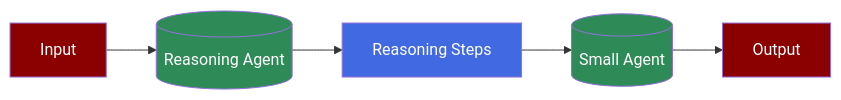
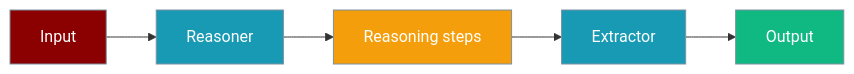
Before and after one commit to MervinPraison/PraisonAIDocs: the diagram in docs/features/reasoning-extract.mdx, drawn with Mermaid. The commit also changed other lines of this file and 4 other files, not shown here.

````diff
--- a/docs/features/reasoning-extract.mdx
+++ b/docs/features/reasoning-extract.mdx
@@ -7,13 +37,17 @@
 ```mermaid
-flowchart LR
-    In[Input] --> RA[("Reasoning Agent")]
-    RA --> Steps[Reasoning Steps]
-    Steps --> SA[("Small Agent")]
-    SA --> Out[Output]
-    
-    style In fill:#8B0000,color:#fff
-    style RA fill:#2E8B57,color:#fff,shape:circle
-    style Steps fill:#4169E1,color:#fff
-    style SA fill:#2E8B57,color:#fff,shape:circle
-    style Out fill:#8B0000,color:#fff
+graph LR
+    I[Input] --> R[Reasoner]
+    R --> S[Reasoning steps]
+    S --> E[Extractor]
+    E --> O[Output]
+
+    classDef input fill:#8B0000,stroke:#7C90A0,color:#fff
+    classDef agent fill:#189AB4,stroke:#7C90A0,color:#fff
+    classDef steps fill:#F59E0B,stroke:#7C90A0,color:#fff
+    classDef output fill:#10B981,stroke:#7C90A0,color:#fff
+
+    class I input
+    class R,E agent
+    class S steps
+    class O output
 ```
````
